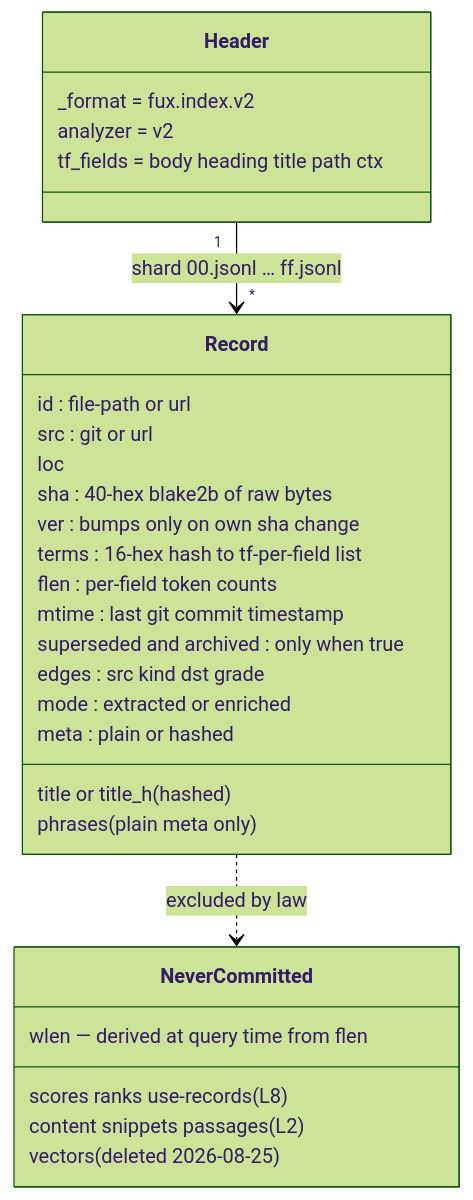
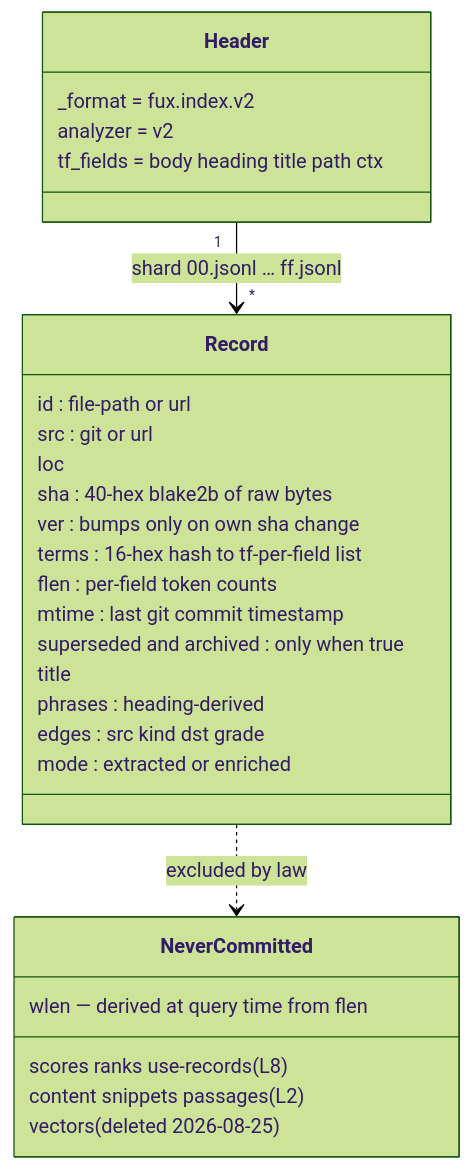
Before and after one commit to arpitarya/fux: the diagram in docs/paper/figures/src/fig-04-record.mmd, drawn with Mermaid (forest theme). The commit also changed 127 other files, not shown here.

```diff
--- a/docs/paper/figures/src/fig-04-record.mmd
+++ b/docs/paper/figures/src/fig-04-record.mmd
@@ -1,30 +1,29 @@
 classDiagram
   class Header {
     _format = fux.index.v2
     analyzer = v2
     tf_fields = body heading title path ctx
   }
   class Record {
     id : file-path or url
     src : git or url
     loc
     sha : 40-hex blake2b of raw bytes
     ver : bumps only on own sha change
     terms : 16-hex hash to tf-per-field list
     flen : per-field token counts
     mtime : last git commit timestamp
     superseded and archived : only when true
-    title or title_h (hashed)
-    phrases (plain meta only)
+    title
+    phrases : heading-derived
     edges : src kind dst grade
     mode : extracted or enriched
-    meta : plain or hashed
   }
   class NeverCommitted {
     wlen — derived at query time from flen
     scores ranks use-records (L8)
     content snippets passages (L2)
     vectors (deleted 2026-08-25)
   }
   Header "1" --> "*" Record : shard 00.jsonl … ff.jsonl
   Record ..> NeverCommitted : excluded by law
```
